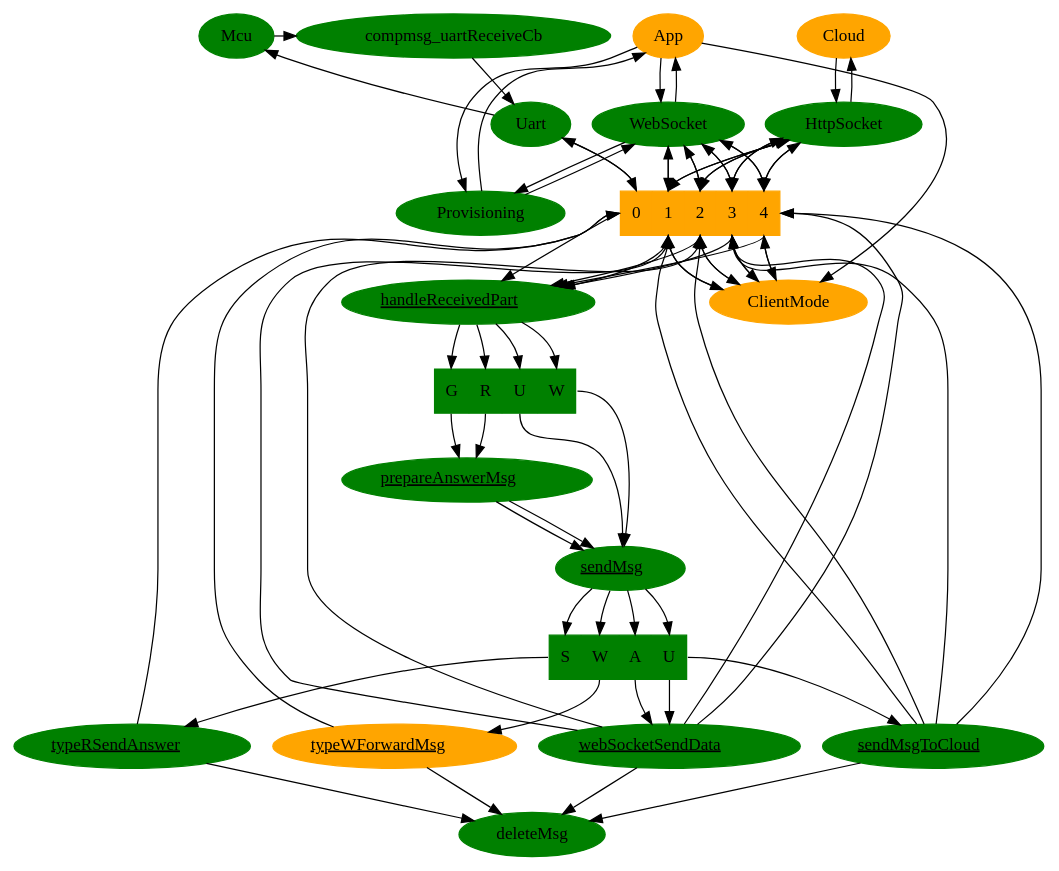
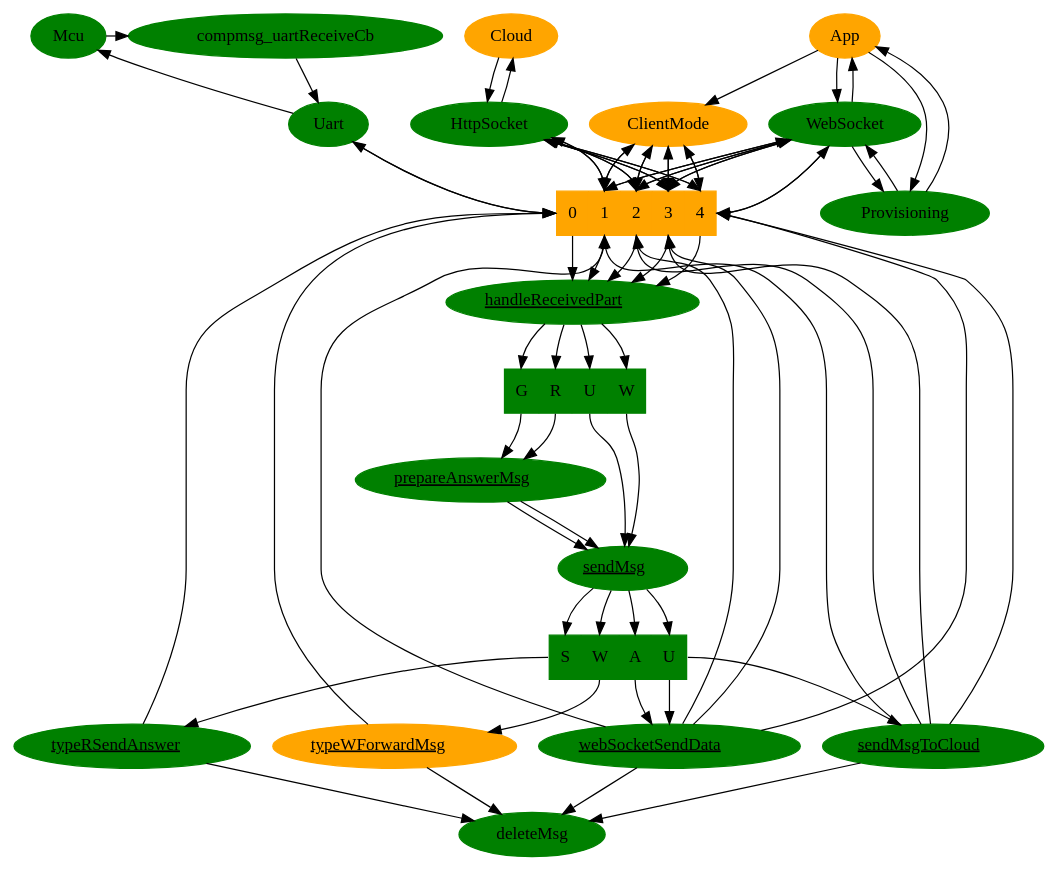
Before and after one commit to apwiede/nodemcu: the diagram in dot_files/handleMsg.dot, drawn with Graphviz. The commit also changed 2 other files, not shown here.

```diff
--- a/dot_files/handleMsg.dot
+++ b/dot_files/handleMsg.dot
@@ -1,101 +1,101 @@
 digraph G1 {
   compmsg_uartReceiveCb[style="filled", color="green"];
   compmsg_uartReceiveCb -> Uart;
   Mcu[style="filled", color="green"];
   Mcu -> compmsg_uartReceiveCb;
   Queue [style="filled", color="orange", shape=record, label="<f0> 0|<f1> 1|<f2> 2|<f3> 3|<f4> 4"];
   Uart -> Queue:f0;
   Queue:f0 -> Uart;
   Uart -> Mcu;
   Uart[style="filled", color="green"];
   WebSocket[style="filled", color="green"];
   ClientMode[style="filled", color="orange"];
   App[style="filled", color="orange"];
   App -> Provisioning;
   Provisioning[style="filled", color="green"];
   Provisioning -> WebSocket;
   Provisioning -> App;
   App -> WebSocket;
   App -> ClientMode;
   WebSocket -> App;
   WebSocket -> Provisioning;
   WebSocket -> Queue:f1;
   WebSocket -> Queue:f2;
   WebSocket -> Queue:f3;
   WebSocket -> Queue:f4;
   ClientMode -> Queue:f1;
   ClientMode -> Queue:f2;
   ClientMode -> Queue:f3;
   ClientMode -> Queue:f4;
   Queue:f1 -> WebSocket;
   Queue:f2 -> WebSocket;
   Queue:f3 -> WebSocket;
   Queue:f4 -> WebSocket;
   Queue:f1 -> ClientMode;
   Queue:f2 -> ClientMode;
   Queue:f3 -> ClientMode;
   Queue:f4 -> ClientMode;
   Cloud[style="filled", color="orange"];
   Cloud -> HttpSocket;
   HttpSocket -> Cloud;
   HttpSocket[style="filled", color="green"];
   HttpSocket -> Queue:f1;
   HttpSocket -> Queue:f2;
   HttpSocket -> Queue:f3;
   HttpSocket -> Queue:f4;
   {rank=same; "compmsg_uartReceiveCb"; "Mcu"; "App"; "Cloud";}
-  {rank=same; "Uart"; "WebSocket"; "HttpSocket";}
+  {rank=same; "Uart"; "WebSocket"; "HttpSocket"; "ClientMode";}
   Queue:f1 -> HttpSocket;
   Queue:f2 -> HttpSocket;
   Queue:f3 -> HttpSocket;
   Queue:f4 -> HttpSocket;
   Queue:f0 -> handleReceivedPart;
   Queue:f1 -> handleReceivedPart;
   Queue:f2 -> handleReceivedPart;
   Queue:f3 -> handleReceivedPart;
   Queue:f4 -> handleReceivedPart;
   handleReceivedPart[style="filled", color="green", label=<<u>handleReceivedPart</u>> URL="\ref grp_handleReceivedPart"];
   prepareAnswerMsg[style="filled", color="green", label=<<u>prepareAnswerMsg</u>> URL="\ref grp_prepareAnswerMsg"];
   receiveMsgSwitch [style="filled", color="green", shape=record, label="<f0> G|<f1> R|<f2> U|<f3> W"];
   handleReceivedPart -> receiveMsgSwitch:f0;
   handleReceivedPart -> receiveMsgSwitch:f1;
   handleReceivedPart -> receiveMsgSwitch:f2;
   handleReceivedPart -> receiveMsgSwitch:f3;
   receiveMsgSwitch:f0 -> prepareAnswerMsg;
   receiveMsgSwitch:f1 -> prepareAnswerMsg;
   prepareAnswerMsg -> sendMsg;
   prepareAnswerMsg -> sendMsg;
   receiveMsgSwitch:f2 -> sendMsg
   receiveMsgSwitch:f3 -> sendMsg
   sendMsg[style="filled", color="green", label=<<u>sendMsg</u>> URL="\ref sendMsg"];
   sendMsg -> sendMsgSwitch:f0;
   sendMsg -> sendMsgSwitch:f1;
   sendMsg -> sendMsgSwitch:f2
   sendMsg -> sendMsgSwitch:f3
   sendMsgSwitch [style="filled", color="green",shape=record, label="<f0> S|<f1> W|<f2> A|<f3> U"];
   sendMsgSwitch:f2 -> webSocketSendData;
   sendMsgSwitch:f0 -> typeRSendAnswer;
   sendMsgSwitch:f3 -> webSocketSendData;
   sendMsgSwitch:f3 -> sendCloudMsg;
   sendMsgSwitch:f1 -> typeWForwardMsg;
   typeRSendAnswer[style="filled", color="green", label=<<u>typeRSendAnswer</u>> URL="\ref typeRSendAnswer"];
   sendCloudMsg[style="filled", color="green", label=<<u>sendMsgToCloud</u>> URL="\ref grp_sendCloudMsg"];
   webSocketSendData[style="filled", color="green", label=<<u>webSocketSendData</u>> URL="\ref webSocketSendData"];
   webSocketSendData -> Queue:f1;
   webSocketSendData -> Queue:f2;
   webSocketSendData -> Queue:f3;
   webSocketSendData -> Queue:f4;
   sendCloudMsg -> Queue:f1;
   sendCloudMsg -> Queue:f2;
   sendCloudMsg -> Queue:f3;
   sendCloudMsg -> Queue:f4;
   {rank=same; "typeRSendAnswer"; "typeWForwardMsg"; "webSocketSendData"; "sendCloudMsg";}
   typeWForwardMsg[style="filled", color="orange", label=<<u>typeWForwardMsg</u>> URL="\ref forwardMsg"];
   typeRSendAnswer -> Queue:f0;
   typeWForwardMsg -> Queue:f0;
   typeRSendAnswer -> deleteMsg;
   typeWForwardMsg -> deleteMsg;
   deleteMsg[style="filled", color="green"];
   sendCloudMsg -> deleteMsg;
   webSocketSendData -> deleteMsg;
 }
```
